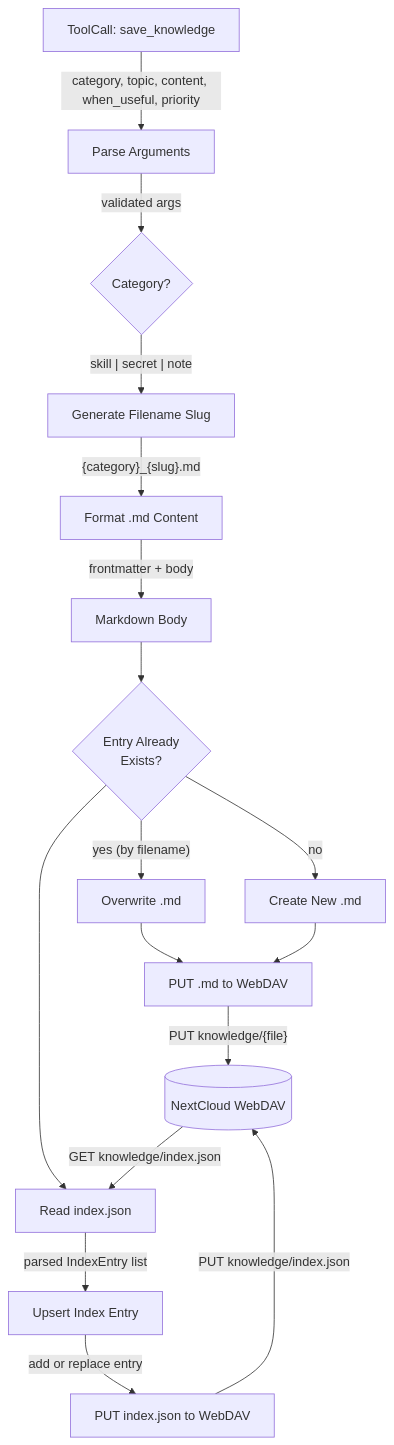
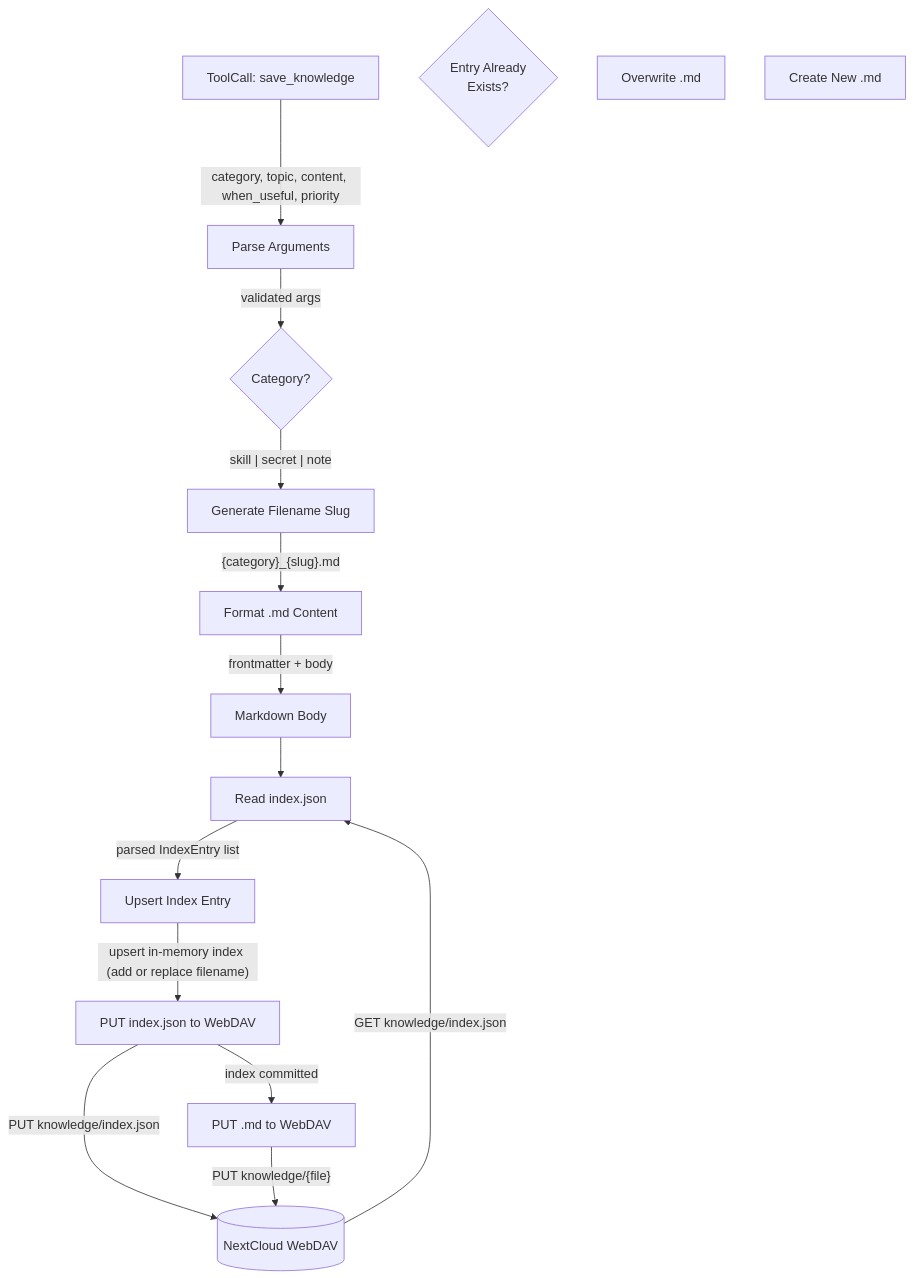
Before and after one commit to cosmoswafer/rockbot: the fourth of 5 diagrams in _dfds/base/knowledge.md, drawn with Mermaid. The commit also changed other lines of this file and 26 other files, not shown here.

````diff
--- a/_dfds/base/knowledge.md
+++ b/_dfds/base/knowledge.md
@@ -142,34 +146,30 @@
 ```mermaid
 flowchart TD
     CALL[ToolCall: save_knowledge]
     PARSE[Parse Arguments]
     CATEGORY{Category?}
     SLUG[Generate Filename Slug]
     FORMAT[Format .md Content]
     MD_BODY[Markdown Body]
     EXISTING{Entry Already<br/>Exists?}
     OVERWRITE[Overwrite .md]
     NEW_FILE[Create New .md]
     READ_IDX[Read index.json]
     UPSERT[Upsert Index Entry]
     PUT_MD[PUT .md to WebDAV]
     PUT_IDX[PUT index.json to WebDAV]
     DAV[(NextCloud WebDAV)]
 
     CALL -->|"category, topic, content, when_useful, priority"| PARSE
     PARSE -->|"validated args"| CATEGORY
     CATEGORY -->|"skill | secret | note"| SLUG
     SLUG -->|"{category}_{slug}.md"| FORMAT
     FORMAT -->|"frontmatter + body"| MD_BODY
-    MD_BODY --> EXISTING
-    EXISTING -->|"yes (by filename)"| OVERWRITE
-    EXISTING -->|"no"| NEW_FILE
-    OVERWRITE --> PUT_MD
-    NEW_FILE --> PUT_MD
-    PUT_MD -->|"PUT knowledge/{file}"| DAV
-    EXISTING --> READ_IDX
+    MD_BODY --> READ_IDX
     DAV -->|"GET knowledge/index.json"| READ_IDX
     READ_IDX -->|"parsed IndexEntry list"| UPSERT
-    UPSERT -->|"add or replace entry"| PUT_IDX
+    UPSERT -->|"upsert in-memory index (add or replace filename)"| PUT_IDX
     PUT_IDX -->|"PUT knowledge/index.json"| DAV
+    PUT_IDX -->|"index committed"| PUT_MD
+    PUT_MD -->|"PUT knowledge/{file}"| DAV
 ```
````
